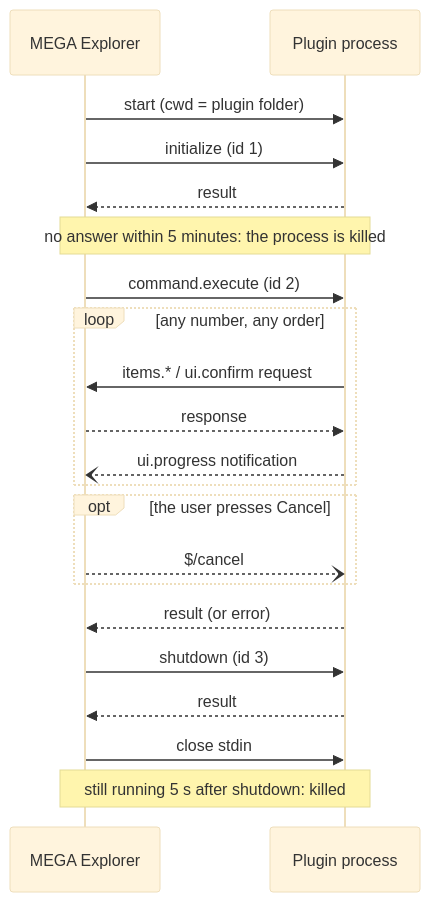
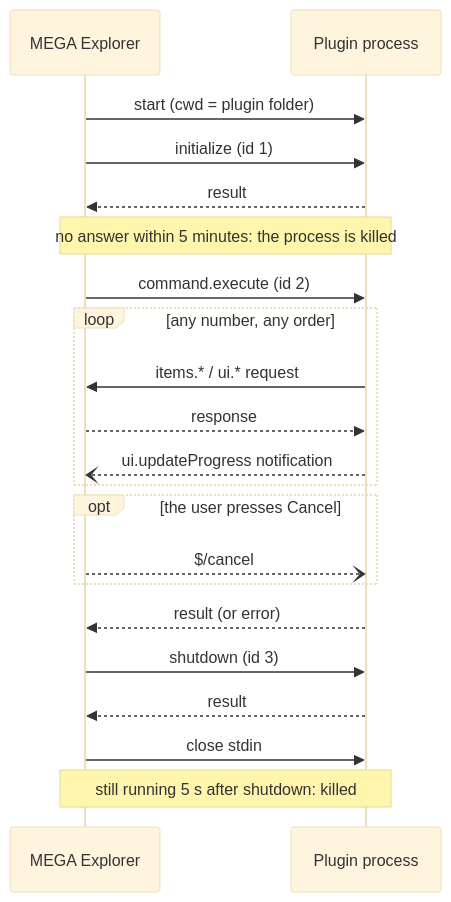
One commit to tackme31/MegaExplorer changed the diagram in PLUGINS.md. Above: the diagram before and after it, drawn with Mermaid (base theme). The commit also changed other lines of this file and 25 other files, not shown here.

````diff
--- a/PLUGINS.md
+++ b/PLUGINS.md
@@ -117,26 +117,26 @@
 ```mermaid
 sequenceDiagram
     participant App as MEGA Explorer
     participant P as Plugin process
 
     App->>P: start (cwd = plugin folder)
     App->>P: initialize (id 1)
     P-->>App: result
     Note over App,P: no answer within 5 minutes: the process is killed
 
     App->>P: command.execute (id 2)
     loop any number, any order
-        P->>App: items.* / ui.confirm request
+        P->>App: items.* / ui.* request
         App-->>P: response
-        P--)App: ui.progress notification
+        P--)App: ui.updateProgress notification
     end
     opt the user presses Cancel
         App--)P: $/cancel
     end
     P-->>App: result (or error)
 
     App->>P: shutdown (id 3)
     P-->>App: result
     App->>P: close stdin
     Note over App,P: still running 5 s after shutdown: killed
 ```
````
